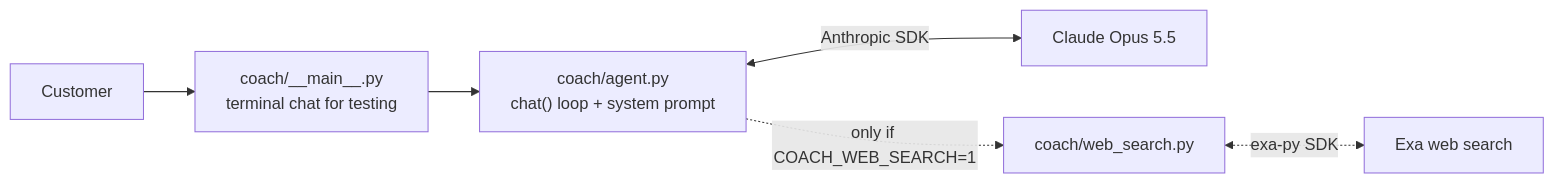
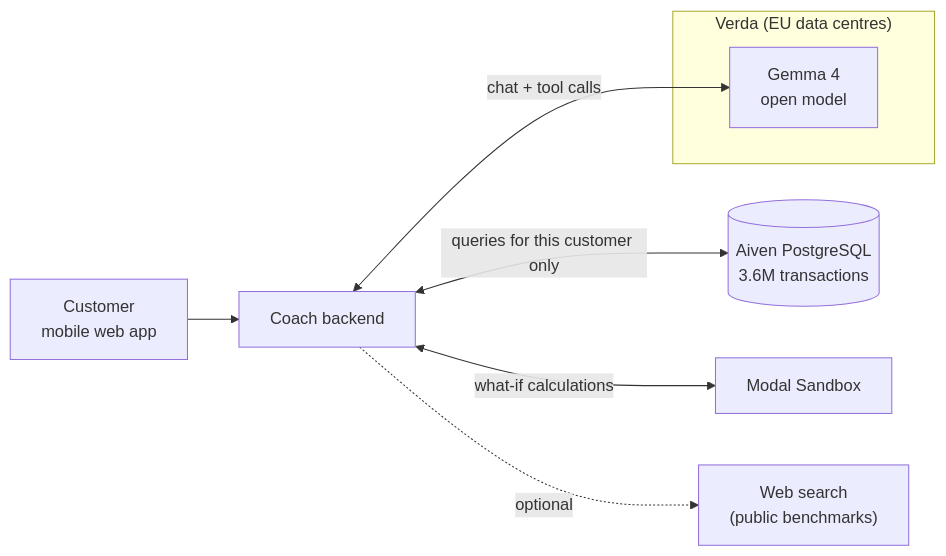
One commit to pinsionparoni/mountain-claude-boys-trek changed the first of 2 diagrams in README.md. Above: the diagram before and after it, drawn with Mermaid. The commit also changed other lines of this file and 6 other files, not shown here.

First line of the commit message:
Add data loader, developer setup guide and Aiven database docs

````diff
--- a/README.md
+++ b/README.md
@@ -33,8 +26,13 @@
 ```mermaid
 flowchart LR
-    U["Customer"] --> CLI["coach/__main__.py<br/>terminal chat for testing"]
-    CLI --> A["coach/agent.py<br/>chat() loop + system prompt"]
-    A <-->|"Anthropic SDK"| C["Claude Opus 5.5"]
-    A -.->|"only if COACH_WEB_SEARCH=1"| W["coach/web_search.py"]
-    W <-.->|"exa-py SDK"| E["Exa web search"]
+    U["Customer<br/>mobile web app"] --> API["Coach backend"]
+
+    subgraph EU["Verda (EU data centres)"]
+        G["Gemma 4<br/>open model"]
+    end
+
+    API <-->|"chat + tool calls"| G
+    API <-->|"queries for this customer only"| DB[("Aiven PostgreSQL<br/>3.6M transactions")]
+    API <-->|"what-if calculations"| SB["Modal Sandbox"]
+    API -.->|"optional"| EXA["Web search<br/>(public benchmarks)"]
 ```
````
